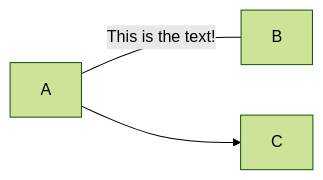
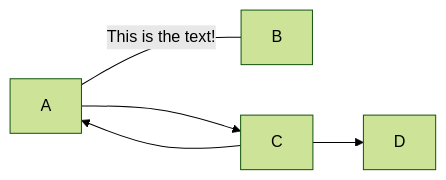
The first of 2 diagrams in README.md (szks-repo/mermaid_md_test), drawn with Mermaid (forest theme) before and after one commit.

````diff
--- a/README.md
+++ b/README.md
@@ -4,5 +4,7 @@
 ```mermaid
 flowchart LR
     A-- This is the text! ---B
     A-->C
+    C-->A
+    C-->D
 ```
````
